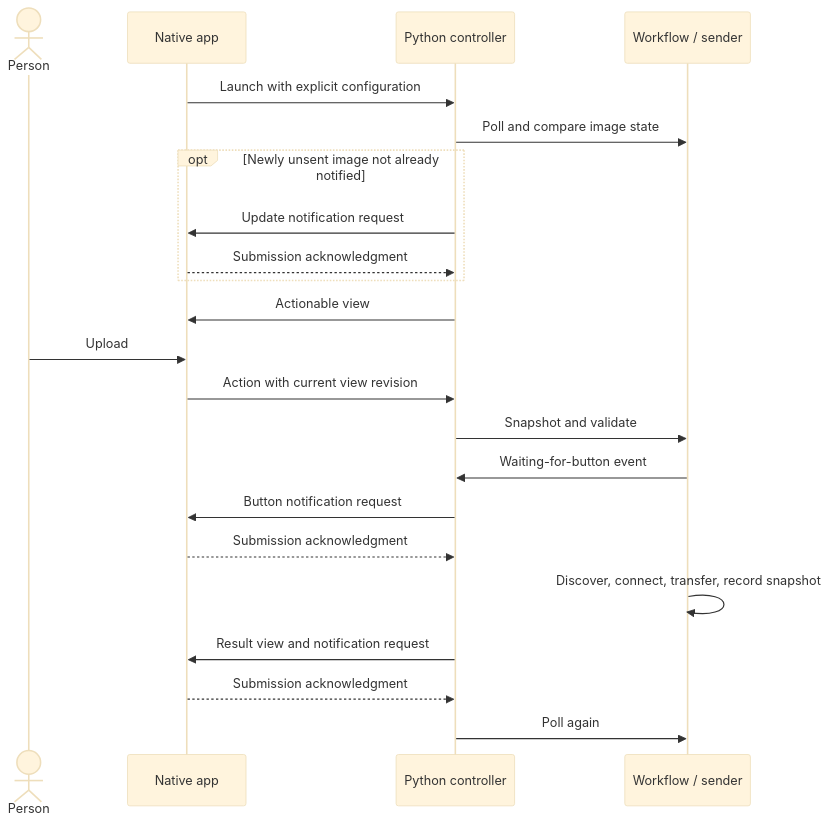
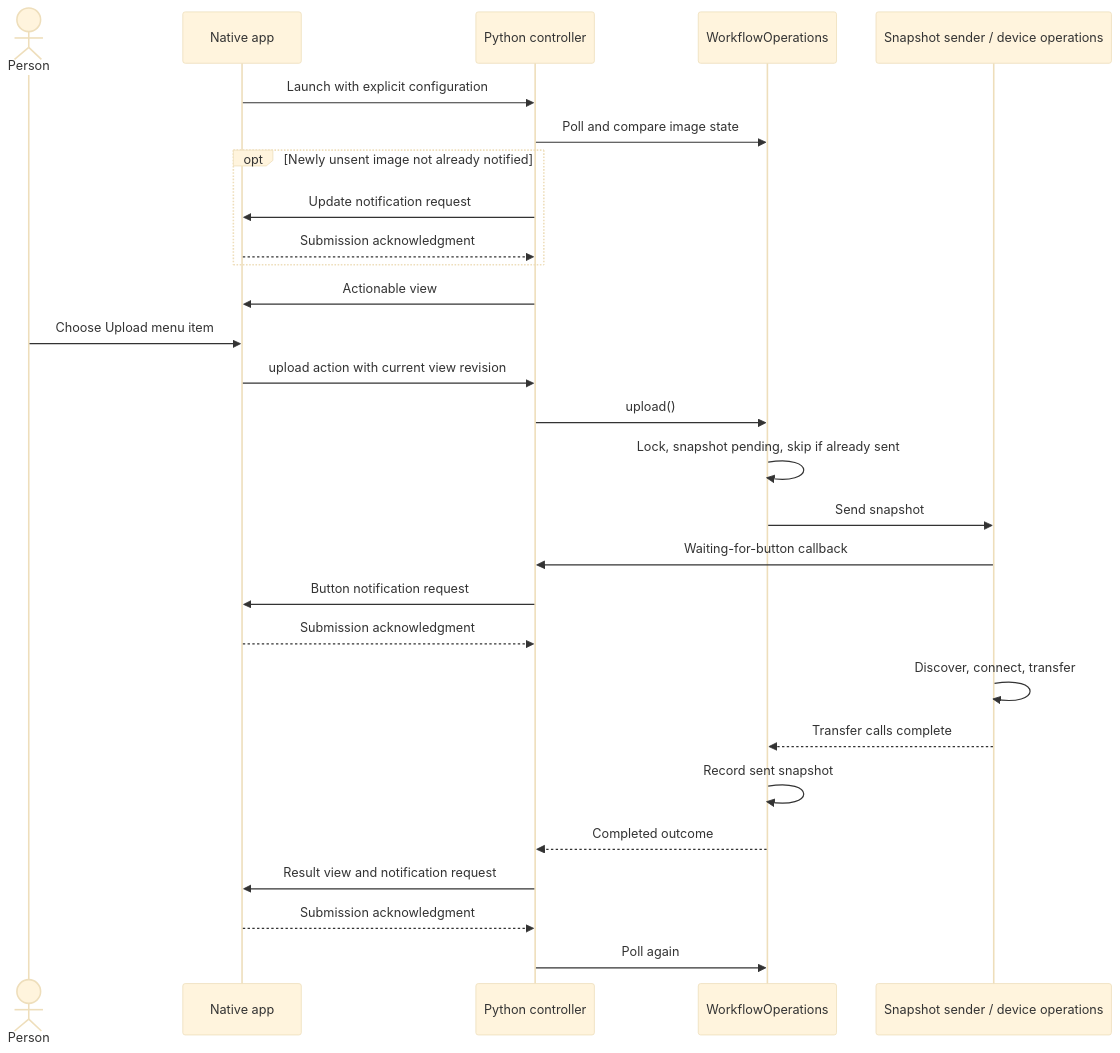
Before and after one commit to greg-mitchell/pwn-my-sign: the third of 3 diagrams in docs/architecture.md, drawn with Mermaid (base theme). The commit also changed other lines of this file and 1 other file, not shown here.

Commit message:
docs: clarify desktop workflow contracts

````diff
--- a/docs/architecture.md
+++ b/docs/architecture.md
@@ -91,24 +94,30 @@
 ```mermaid
 sequenceDiagram
     actor Person
     participant App as Native app
     participant Controller as Python controller
-    participant Workflow as Workflow / sender
+    participant Workflow as WorkflowOperations
+    participant Sender as Snapshot sender / device operations
     App->>Controller: Launch with explicit configuration
     Controller->>Workflow: Poll and compare image state
     opt Newly unsent image not already notified
         Controller->>App: Update notification request
         App-->>Controller: Submission acknowledgment
     end
     Controller->>App: Actionable view
-    Person->>App: Upload
-    App->>Controller: Action with current view revision
-    Controller->>Workflow: Snapshot and validate
-    Workflow->>Controller: Waiting-for-button event
+    Person->>App: Choose Upload menu item
+    App->>Controller: upload action with current view revision
+    Controller->>Workflow: upload()
+    Workflow->>Workflow: Lock, snapshot pending, skip if already sent
+    Workflow->>Sender: Send snapshot
+    Sender->>Controller: Waiting-for-button callback
     Controller->>App: Button notification request
     App-->>Controller: Submission acknowledgment
-    Workflow->>Workflow: Discover, connect, transfer, record snapshot
+    Sender->>Sender: Discover, connect, transfer
+    Sender-->>Workflow: Transfer calls complete
+    Workflow->>Workflow: Record sent snapshot
+    Workflow-->>Controller: Completed outcome
     Controller->>App: Result view and notification request
     App-->>Controller: Submission acknowledgment
     Controller->>Workflow: Poll again
 ```
````
